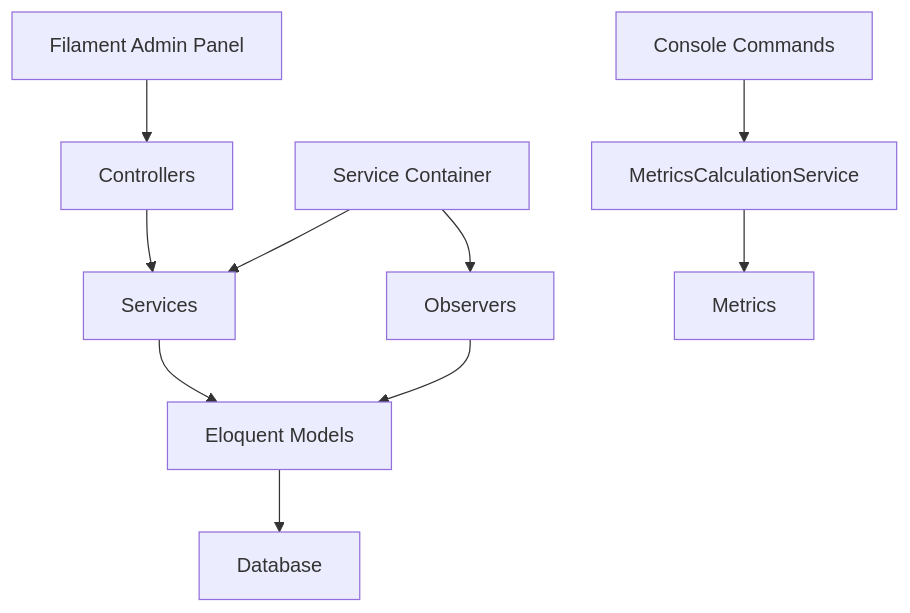
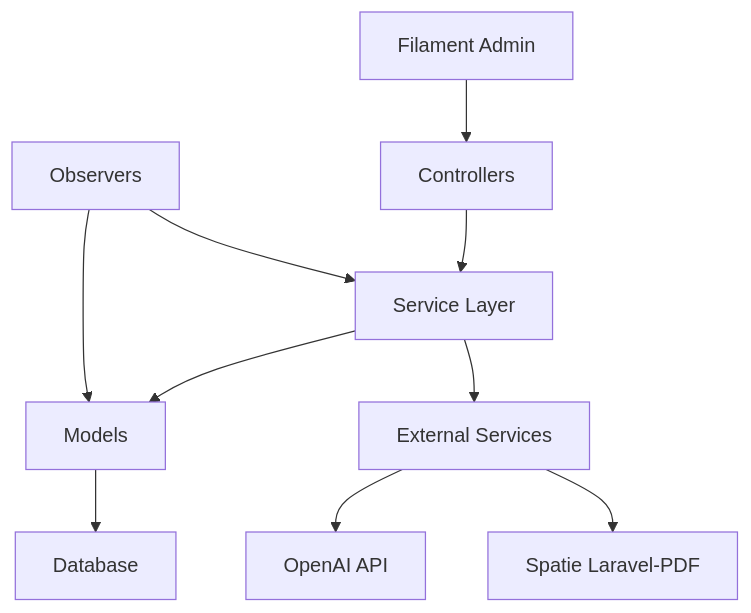
One commit to withoutfanfare/cv-builder changed the second of 8 diagrams in .qoder/repowiki/en/content/Architecture & Design/Architecture & Design.md. Above: the diagram before and after it, drawn with Mermaid. The commit also changed other lines of this file and 128 other files, not shown here.

````diff
--- a/.qoder/repowiki/en/content/Architecture & Design/Architecture & Design.md
+++ b/.qoder/repowiki/en/content/Architecture & Design/Architecture & Design.md
@@ -89,12 +76,12 @@
 ```mermaid
 graph TD
-A[Filament Admin Panel] --> B[Controllers]
-B --> C[Services]
-C --> D[Eloquent Models]
+A[Filament Admin] --> B[Controllers]
+B --> C[Service Layer]
+C --> D[Models]
 D --> E[Database]
-F[Observers] --> D
-G[Service Container] --> C
-G --> F
-H[Console Commands] --> I[MetricsCalculationService]
-I --> J[Metrics]
+C --> F[External Services]
+F --> G[OpenAI API]
+F --> H[Spatie Laravel-PDF]
+I[Observers] --> C
+I --> D
 ```
````
